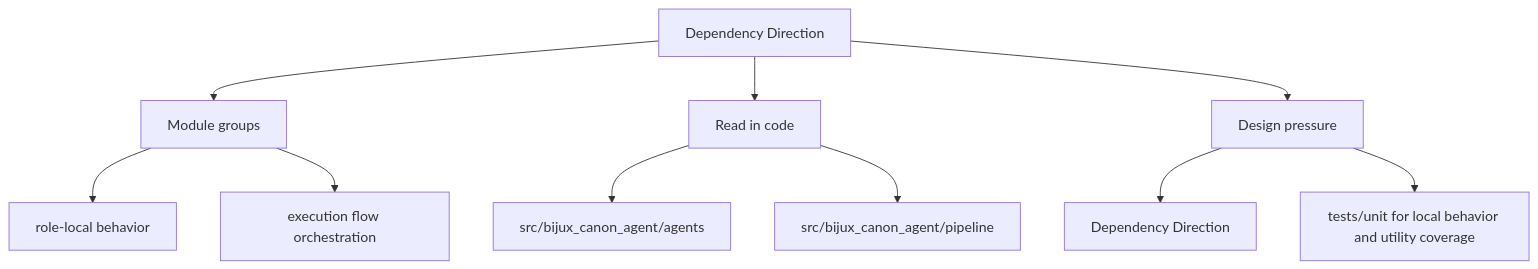
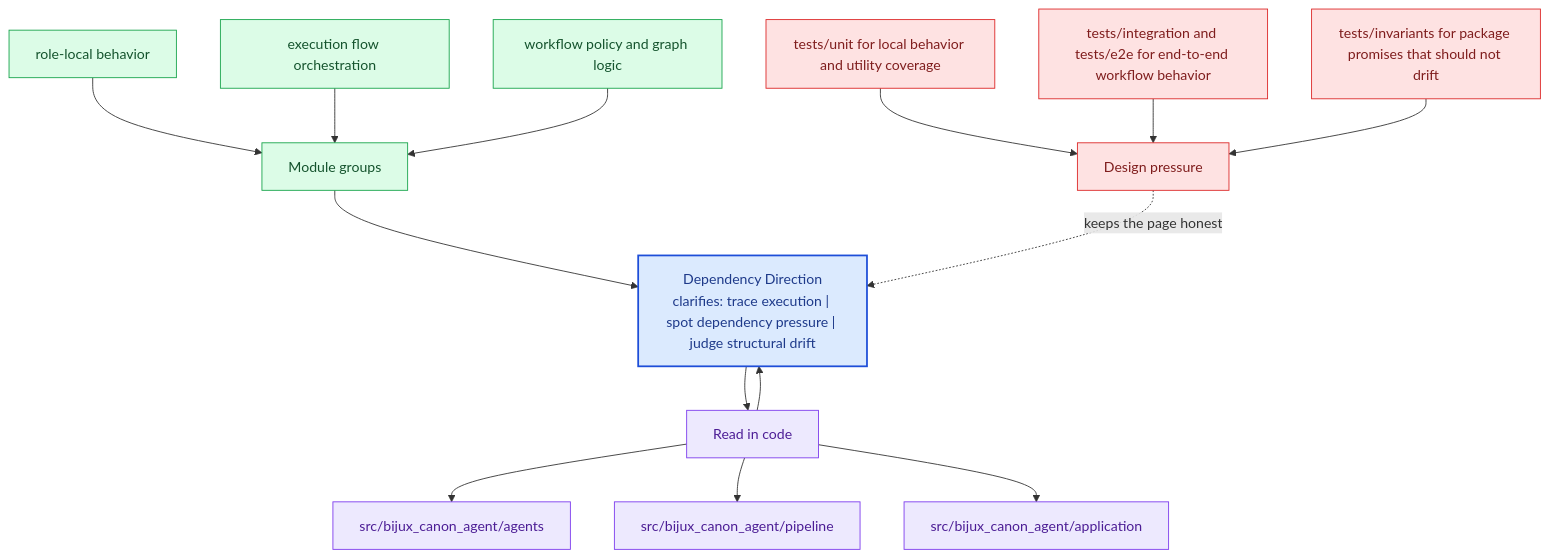
One commit to bijux/bijux-canon changed the second of 2 diagrams in docs/bijux-canon-agent/architecture/dependency-direction.md. Above: the diagram before and after it, drawn with Mermaid. The commit also changed other lines of this file and 281 other files, not shown here.

Commit message:
docs(diagrams): deepen handbook mermaid maps across the catalog

````diff
--- a/docs/bijux-canon-agent/architecture/dependency-direction.md
+++ b/docs/bijux-canon-agent/architecture/dependency-direction.md
@@ -35,22 +68,40 @@
 ```mermaid
-flowchart TD
-    page["Dependency Direction"]
+flowchart TB
+    promise["Dependency Direction<br/>clarifies: trace execution | spot dependency pressure | judge structural drift"]
+    classDef promise fill:#dbeafe,stroke:#1d4ed8,color:#1e3a8a,stroke-width:2px;
+    classDef driver fill:#dcfce7,stroke:#16a34a,color:#14532d;
+    classDef constraint fill:#fee2e2,stroke:#dc2626,color:#7f1d1d;
+    classDef ground fill:#ede9fe,stroke:#7c3aed,color:#4c1d95;
     focus1["Module groups"]
-    page --> focus1
+    focus1 --> promise
     focus1_1["role-local behavior"]
-    focus1 --> focus1_1
+    focus1_1 --> focus1
     focus1_2["execution flow orchestration"]
-    focus1 --> focus1_2
+    focus1_2 --> focus1
+    focus1_3["workflow policy and graph logic"]
+    focus1_3 --> focus1
+    class focus1 driver;
+    class focus1_1,focus1_2,focus1_3 driver;
     focus2["Read in code"]
-    page --> focus2
+    focus2 --> promise
+    promise --> focus2
     focus2_1["src/bijux_canon_agent/agents"]
     focus2 --> focus2_1
     focus2_2["src/bijux_canon_agent/pipeline"]
     focus2 --> focus2_2
+    focus2_3["src/bijux_canon_agent/application"]
+    focus2 --> focus2_3
+    class focus2 ground;
+    class focus2_1,focus2_2,focus2_3 ground;
     focus3["Design pressure"]
-    page --> focus3
-    focus3_1["Dependency Direction"]
-    focus3 --> focus3_1
-    focus3_2["tests/unit for local behavior and utility coverage"]
-    focus3 --> focus3_2
+    focus3 -.keeps the page honest.-> promise
+    focus3_1["tests/unit for local behavior and utility coverage"]
+    focus3_1 --> focus3
+    focus3_2["tests/integration and tests/e2e for end-to-end workflow behavior"]
+    focus3_2 --> focus3
+    focus3_3["tests/invariants for package promises that should not drift"]
+    focus3_3 --> focus3
+    class focus3 constraint;
+    class focus3_1,focus3_2,focus3_3 constraint;
+    class promise promise;
 ```
````
